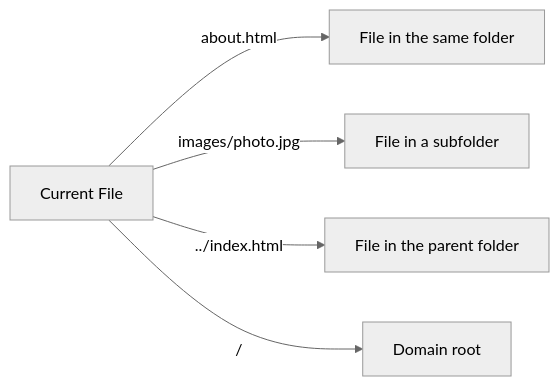
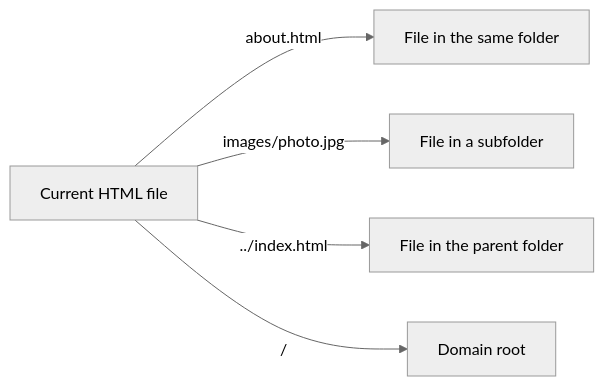
The first of 2 diagrams in HTML/Lesson-3/en/Links and navigation.md (JLearn-space/JLearn-docs), drawn with Mermaid (neutral theme) before and after one commit. The commit also changed other lines of this file and 148 other files, not shown here.

````diff
--- a/HTML/Lesson-3/en/Links and navigation.md
+++ b/HTML/Lesson-3/en/Links and navigation.md
@@ -118,7 +112,7 @@
 ```mermaid
 flowchart LR
-    A["Current File"] -->|"about.html"| B["File in the same folder"]
+    A["Current HTML file"] -->|"about.html"| B["File in the same folder"]
     A -->|"images/photo.jpg"| C["File in a subfolder"]
     A -->|"../index.html"| D["File in the parent folder"]
     A -->|"/"| E["Domain root"]
 ```
````
